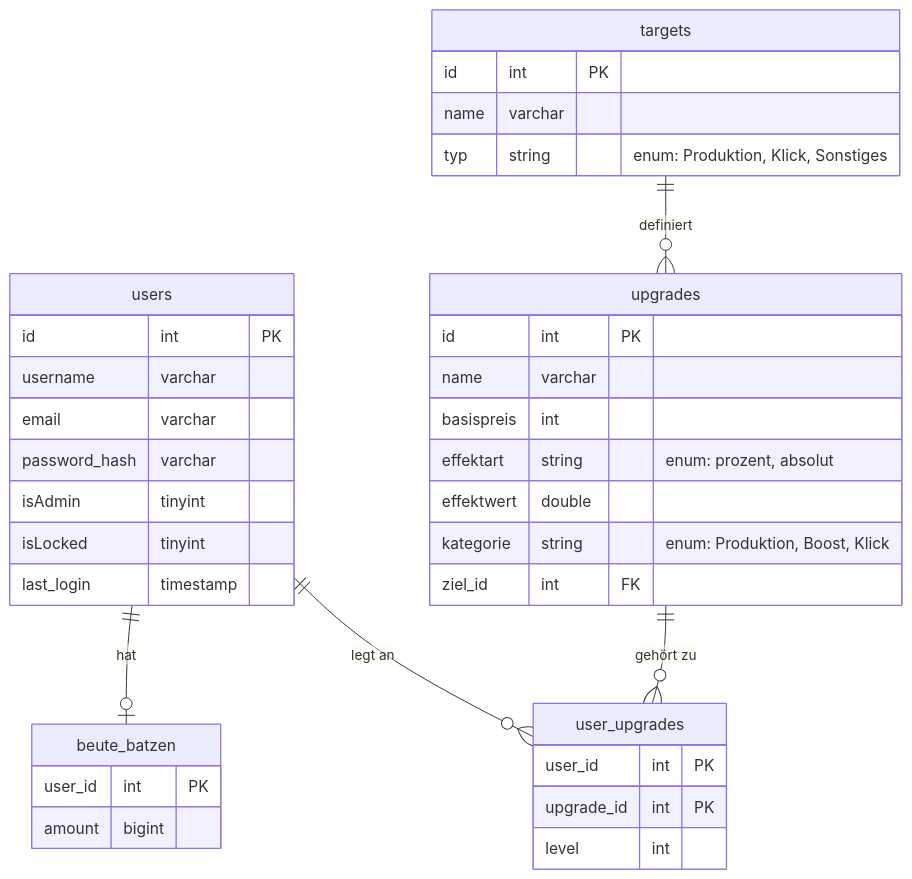
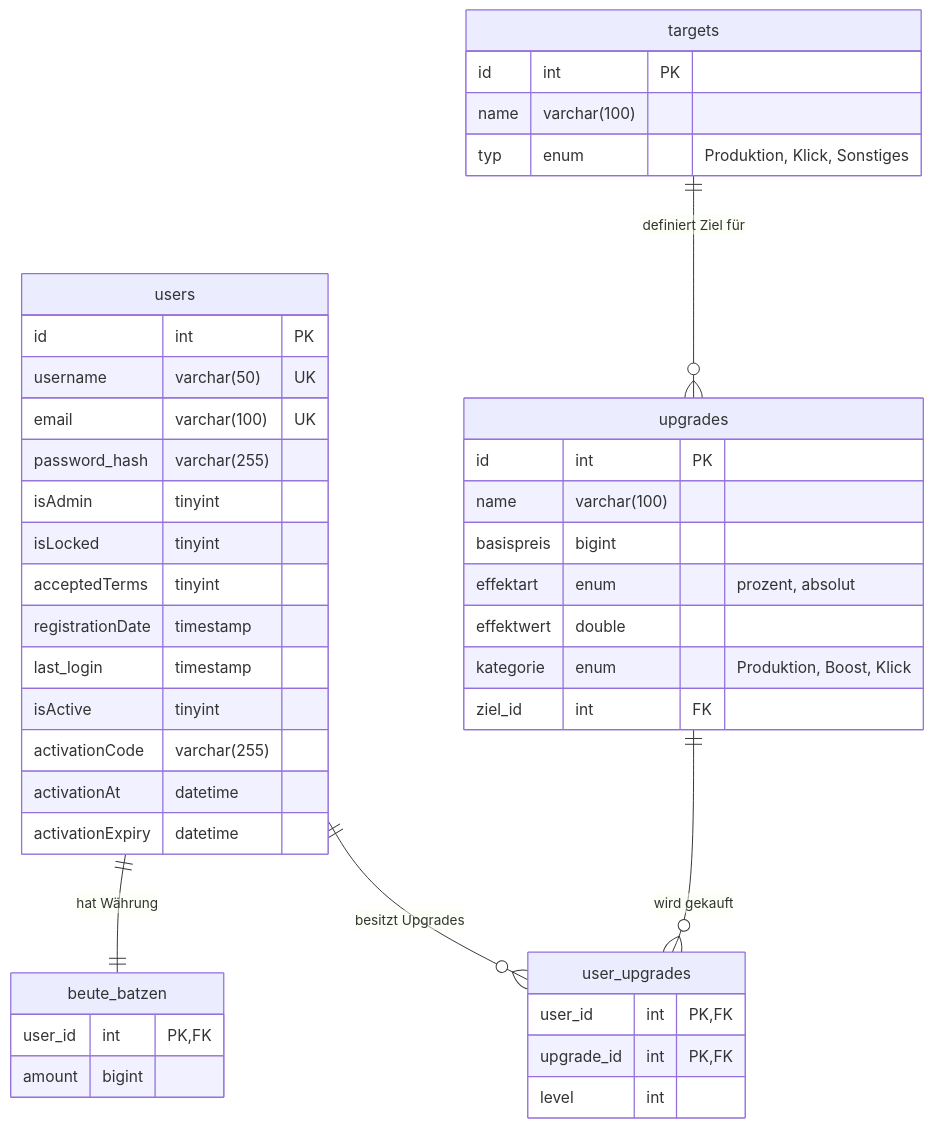
One commit to KellerUndKnilche/KellerUndKnilche changed the diagram in README.md. Above: the diagram before and after it, drawn with Mermaid. The commit also changed 4 other files, not shown here.

````diff
--- a/README.md
+++ b/README.md
@@ -38,40 +38,51 @@
 ```mermaid
 erDiagram
     users {
         id int PK
-        username varchar
-        email varchar
-        password_hash varchar
+        username varchar(50) UK
+        email varchar(100) UK
+        password_hash varchar(255)
         isAdmin tinyint
         isLocked tinyint
+        acceptedTerms tinyint
+        registrationDate timestamp
         last_login timestamp
+        isActive tinyint
+        activationCode varchar(255)
+        activationAt datetime
+        activationExpiry datetime
     }
+    
     beute_batzen {
-        user_id int PK
+        user_id int PK,FK
         amount bigint
     }
+    
     targets {
         id int PK
-        name varchar
-        typ string  "enum: Produktion, Klick, Sonstiges"
+        name varchar(100)
+        typ enum "Produktion, Klick, Sonstiges"
     }
+    
     upgrades {
         id int PK
-        name varchar
-        basispreis int
-        effektart string  "enum: prozent, absolut"
+        name varchar(100)
+        basispreis bigint
+        effektart enum "prozent, absolut"
         effektwert double
-        kategorie string  "enum: Produktion, Boost, Klick"
+        kategorie enum "Produktion, Boost, Klick"
         ziel_id int FK
     }
+    
     user_upgrades {
-        user_id int PK
-        upgrade_id int PK
+        user_id int PK,FK
+        upgrade_id int PK,FK
         level int
     }
 
-    users ||--o| beute_batzen : "hat"
-    users ||--o{ user_upgrades : "legt an"
-    upgrades ||--o{ user_upgrades : "gehört zu"
-    targets ||--o{ upgrades : "definiert"
+    %% Beziehungen
+    users ||--|| beute_batzen : "hat Währung"
+    users ||--o{ user_upgrades : "besitzt Upgrades"
+    upgrades ||--o{ user_upgrades : "wird gekauft"
+    targets ||--o{ upgrades : "definiert Ziel für"
 ```
````
